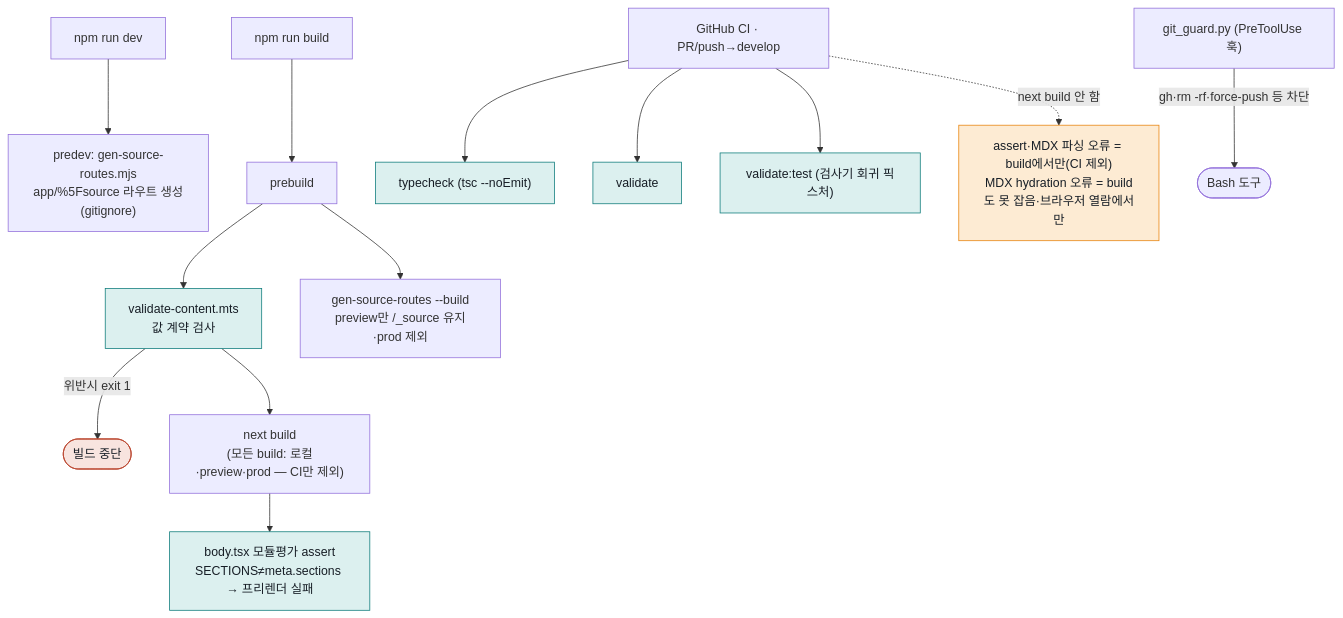
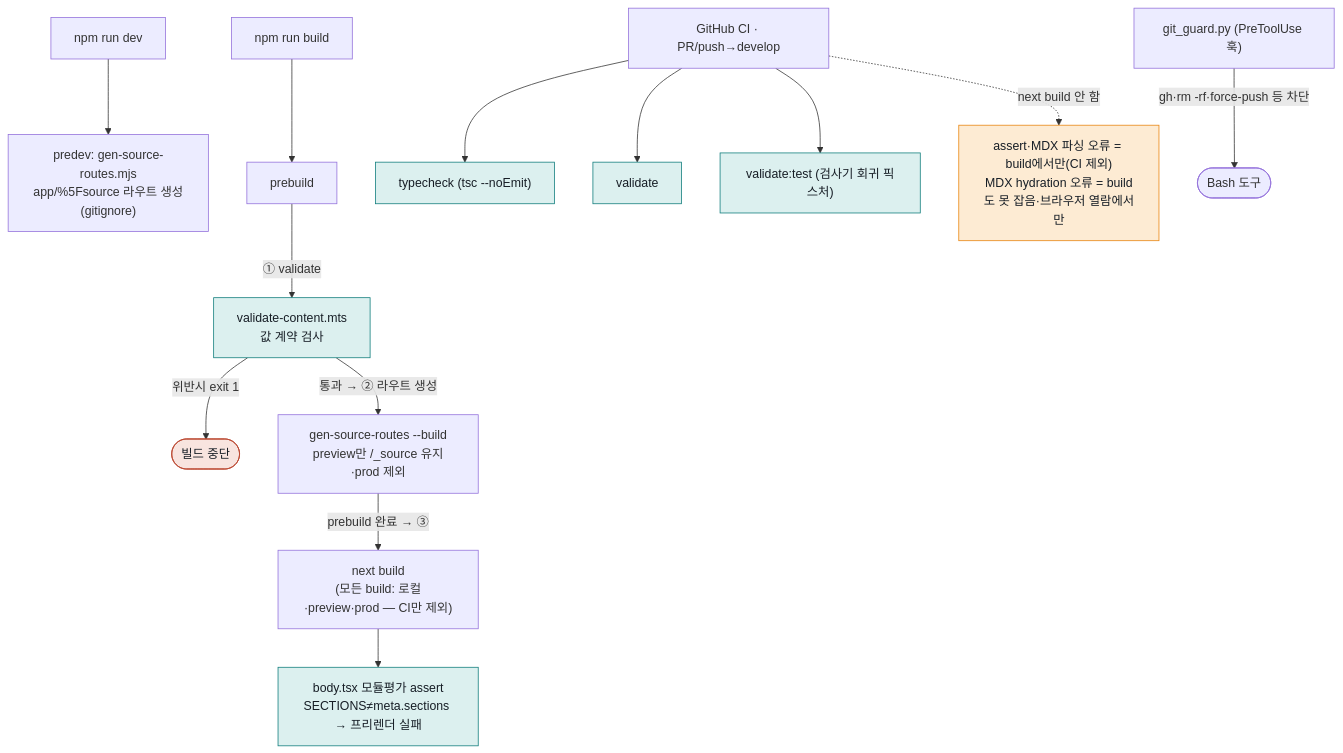
Before and after one commit to padahkim/aws-reps: the third of 4 diagrams in docs/ARCHITECTURE_REVIEW.md, drawn with Mermaid. The commit also changed other lines of this file, not shown here.

First line of the commit message:
docs: address Codex round 3 (7 fixes) on ARCHITECTURE_REVIEW.md

````diff
--- a/docs/ARCHITECTURE_REVIEW.md
+++ b/docs/ARCHITECTURE_REVIEW.md
@@ -95,21 +95,21 @@
 ```mermaid
 flowchart TD
   DEV["npm run dev"] --> PREDEV["predev: gen-source-routes.mjs<br/>app/%5Fsource 라우트 생성(gitignore)"]
   BUILD["npm run build"] --> PREBUILD["prebuild"]
-  PREBUILD --> VAL["validate-content.mts<br/>값 계약 검사"]:::gate
-  PREBUILD --> GEN["gen-source-routes --build<br/>preview만 /_source 유지·prod 제외"]
+  PREBUILD -->|"① validate"| VAL["validate-content.mts<br/>값 계약 검사"]:::gate
   VAL -->|위반시 exit 1| STOP([빌드 중단]):::stop
-  VAL --> NB["next build<br/>(모든 build: 로컬·preview·prod — CI만 제외)"]
+  VAL -->|"통과 → ② 라우트 생성"| GEN["gen-source-routes --build<br/>preview만 /_source 유지·prod 제외"]
+  GEN -->|"prebuild 완료 → ③"| NB["next build<br/>(모든 build: 로컬·preview·prod — CI만 제외)"]
   NB --> ASSERT["body.tsx 모듈평가 assert<br/>SECTIONS≠meta.sections → 프리렌더 실패"]:::gate
 
   CI["GitHub CI · PR/push→develop"] --> TC["typecheck (tsc --noEmit)"]:::gate
   CI --> VAL2["validate"]:::gate
   CI --> VT["validate:test (검사기 회귀 픽스처)"]:::gate
   CI -. next build 안 함 .-> GAPX["assert·MDX 파싱 오류 = build에서만(CI 제외)<br/>MDX hydration 오류 = build도 못 잡음·브라우저 열람에서만"]:::warn
 
   GUARD["git_guard.py (PreToolUse 훅)"] -->|gh·rm -rf·force-push 등 차단| BASH([Bash 도구])
 
   classDef gate fill:#DCF0EF,stroke:#0E7C7B,color:#171E26;
   classDef warn fill:#FDEBD3,stroke:#E8830C,color:#171E26;
   classDef stop fill:#F8E4DF,stroke:#B9432C,color:#171E26;
 ```
````
